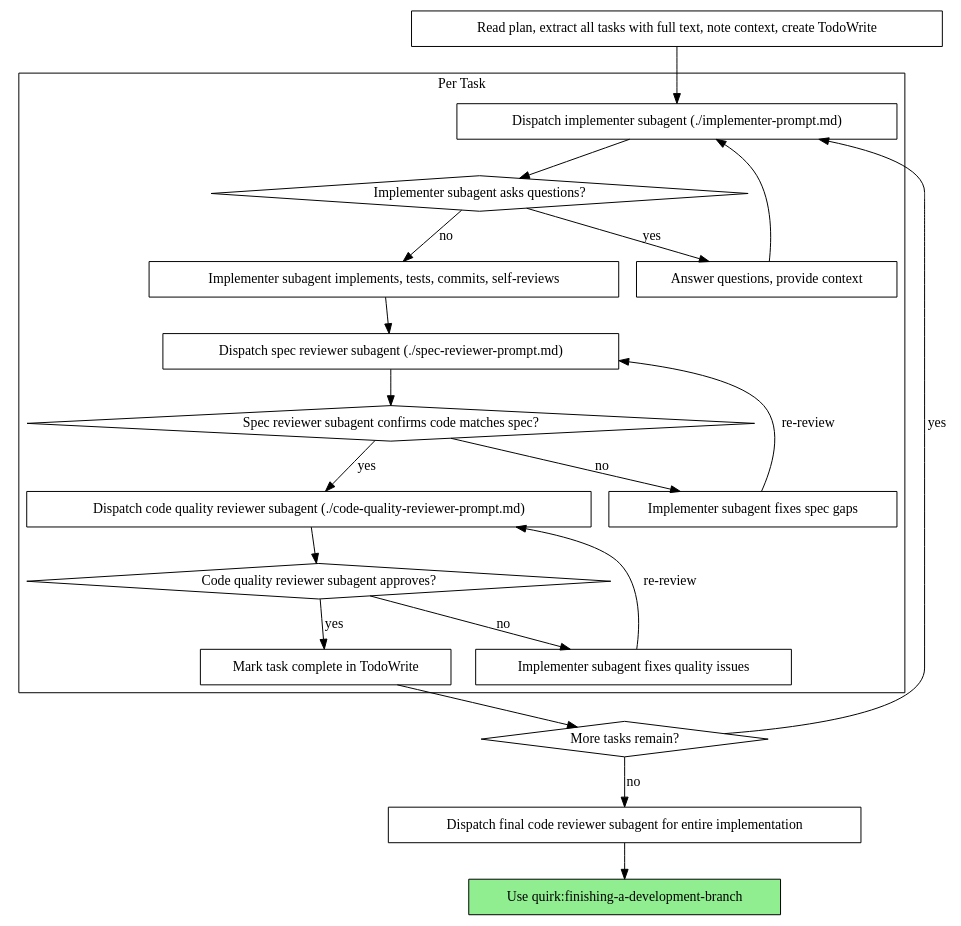
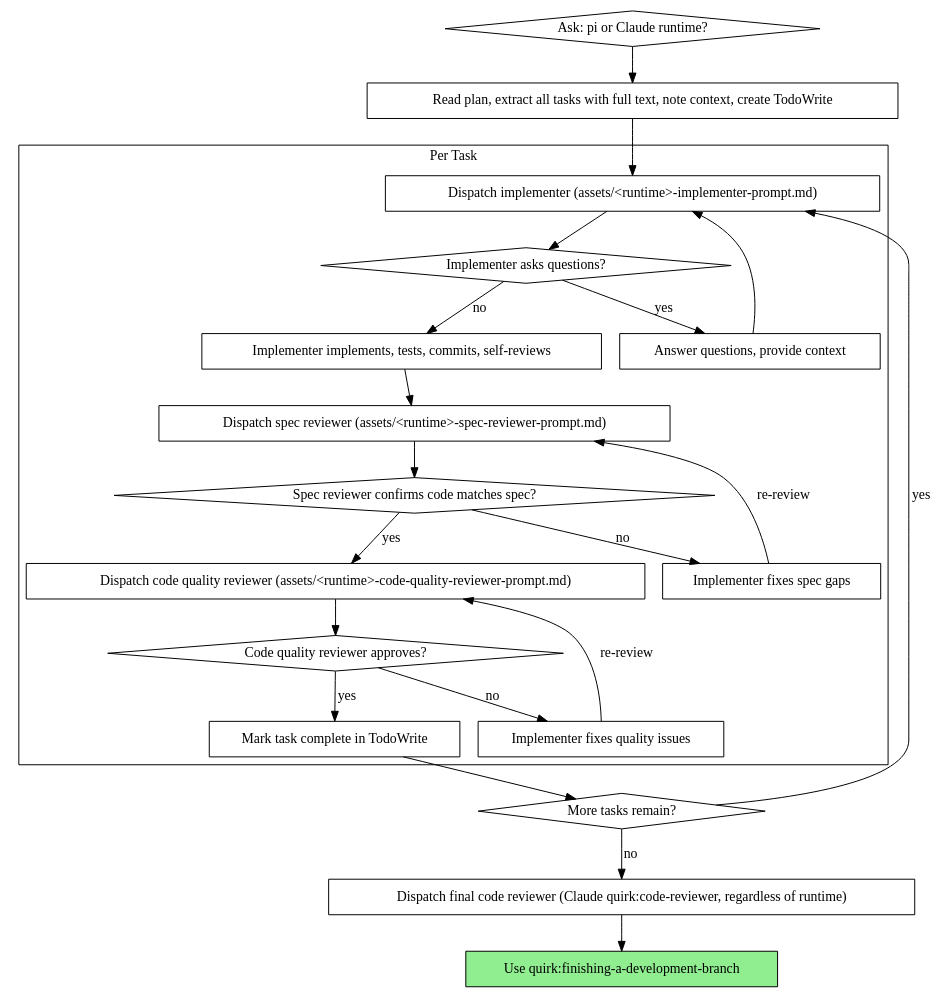
The second of 2 diagrams in skills/subagent-driven-development/SKILL.md (zpyoung/quirk), drawn with Graphviz before and after one commit. The commit also changed other lines of this file and 6 other files, not shown here.

First line of the commit message:
feat(subagent-driven-development): add pi-runtime alongside Claude

````diff
--- a/skills/subagent-driven-development/SKILL.md
+++ b/skills/subagent-driven-development/SKILL.md
@@ -42,44 +69,46 @@
 ```dot
 digraph process {
     rankdir=TB;
 
     subgraph cluster_per_task {
         label="Per Task";
-        "Dispatch implementer subagent (./implementer-prompt.md)" [shape=box];
-        "Implementer subagent asks questions?" [shape=diamond];
+        "Dispatch implementer (assets/<runtime>-implementer-prompt.md)" [shape=box];
+        "Implementer asks questions?" [shape=diamond];
         "Answer questions, provide context" [shape=box];
-        "Implementer subagent implements, tests, commits, self-reviews" [shape=box];
-        "Dispatch spec reviewer subagent (./spec-reviewer-prompt.md)" [shape=box];
-        "Spec reviewer subagent confirms code matches spec?" [shape=diamond];
-        "Implementer subagent fixes spec gaps" [shape=box];
-        "Dispatch code quality reviewer subagent (./code-quality-reviewer-prompt.md)" [shape=box];
-        "Code quality reviewer subagent approves?" [shape=diamond];
-        "Implementer subagent fixes quality issues" [shape=box];
+        "Implementer implements, tests, commits, self-reviews" [shape=box];
+        "Dispatch spec reviewer (assets/<runtime>-spec-reviewer-prompt.md)" [shape=box];
+        "Spec reviewer confirms code matches spec?" [shape=diamond];
+        "Implementer fixes spec gaps" [shape=box];
+        "Dispatch code quality reviewer (assets/<runtime>-code-quality-reviewer-prompt.md)" [shape=box];
+        "Code quality reviewer approves?" [shape=diamond];
+        "Implementer fixes quality issues" [shape=box];
         "Mark task complete in TodoWrite" [shape=box];
     }
 
+    "Ask: pi or Claude runtime?" [shape=diamond];
     "Read plan, extract all tasks with full text, note context, create TodoWrite" [shape=box];
     "More tasks remain?" [shape=diamond];
-    "Dispatch final code reviewer subagent for entire implementation" [shape=box];
+    "Dispatch final code reviewer (Claude quirk:code-reviewer, regardless of runtime)" [shape=box];
     "Use quirk:finishing-a-development-branch" [shape=box style=filled fillcolor=lightgreen];
 
-    "Read plan, extract all tasks with full text, note context, create TodoWrite" -> "Dispatch implementer subagent (./implementer-prompt.md)";
-    "Dispatch implementer subagent (./implementer-prompt.md)" -> "Implementer subagent asks questions?";
-    "Implementer subagent asks questions?" -> "Answer questions, provide context" [label="yes"];
-    "Answer questions, provide context" -> "Dispatch implementer subagent (./implementer-prompt.md)";
-    "Implementer subagent asks questions?" -> "Implementer subagent implements, tests, commits, self-reviews" [label="no"];
-    "Implementer subagent implements, tests, commits, self-reviews" -> "Dispatch spec reviewer subagent (./spec-reviewer-prompt.md)";
-    "Dispatch spec reviewer subagent (./spec-reviewer-prompt.md)" -> "Spec reviewer subagent confirms code matches spec?";
-    "Spec reviewer subagent confirms code matches spec?" -> "Implementer subagent fixes spec gaps" [label="no"];
-    "Implementer subagent fixes spec gaps" -> "Dispatch spec reviewer subagent (./spec-reviewer-prompt.md)" [label="re-review"];
-    "Spec reviewer subagent confirms code matches spec?" -> "Dispatch code quality reviewer subagent (./code-quality-reviewer-prompt.md)" [label="yes"];
-    "Dispatch code quality reviewer subagent (./code-quality-reviewer-prompt.md)" -> "Code quality reviewer subagent approves?";
-    "Code quality reviewer subagent approves?" -> "Implementer subagent fixes quality issues" [label="no"];
-    "Implementer subagent fixes quality issues" -> "Dispatch code quality reviewer subagent (./code-quality-reviewer-prompt.md)" [label="re-review"];
-    "Code quality reviewer subagent approves?" -> "Mark task complete in TodoWrite" [label="yes"];
+    "Ask: pi or Claude runtime?" -> "Read plan, extract all tasks with full text, note context, create TodoWrite";
+    "Read plan, extract all tasks with full text, note context, create TodoWrite" -> "Dispatch implementer (assets/<runtime>-implementer-prompt.md)";
+    "Dispatch implementer (assets/<runtime>-implementer-prompt.md)" -> "Implementer asks questions?";
+    "Implementer asks questions?" -> "Answer questions, provide context" [label="yes"];
+    "Answer questions, provide context" -> "Dispatch implementer (assets/<runtime>-implementer-prompt.md)";
+    "Implementer asks questions?" -> "Implementer implements, tests, commits, self-reviews" [label="no"];
+    "Implementer implements, tests, commits, self-reviews" -> "Dispatch spec reviewer (assets/<runtime>-spec-reviewer-prompt.md)";
+    "Dispatch spec reviewer (assets/<runtime>-spec-reviewer-prompt.md)" -> "Spec reviewer confirms code matches spec?";
+    "Spec reviewer confirms code matches spec?" -> "Implementer fixes spec gaps" [label="no"];
+    "Implementer fixes spec gaps" -> "Dispatch spec reviewer (assets/<runtime>-spec-reviewer-prompt.md)" [label="re-review"];
+    "Spec reviewer confirms code matches spec?" -> "Dispatch code quality reviewer (assets/<runtime>-code-quality-reviewer-prompt.md)" [label="yes"];
+    "Dispatch code quality reviewer (assets/<runtime>-code-quality-reviewer-prompt.md)" -> "Code quality reviewer approves?";
+    "Code quality reviewer approves?" -> "Implementer fixes quality issues" [label="no"];
+    "Implementer fixes quality issues" -> "Dispatch code quality reviewer (assets/<runtime>-code-quality-reviewer-prompt.md)" [label="re-review"];
+    "Code quality reviewer approves?" -> "Mark task complete in TodoWrite" [label="yes"];
     "Mark task complete in TodoWrite" -> "More tasks remain?";
-    "More tasks remain?" -> "Dispatch implementer subagent (./implementer-prompt.md)" [label="yes"];
-    "More tasks remain?" -> "Dispatch final code reviewer subagent for entire implementation" [label="no"];
-    "Dispatch final code reviewer subagent for entire implementation" -> "Use quirk:finishing-a-development-branch";
+    "More tasks remain?" -> "Dispatch implementer (assets/<runtime>-implementer-prompt.md)" [label="yes"];
+    "More tasks remain?" -> "Dispatch final code reviewer (Claude quirk:code-reviewer, regardless of runtime)" [label="no"];
+    "Dispatch final code reviewer (Claude quirk:code-reviewer, regardless of runtime)" -> "Use quirk:finishing-a-development-branch";
 }
 ```
````
